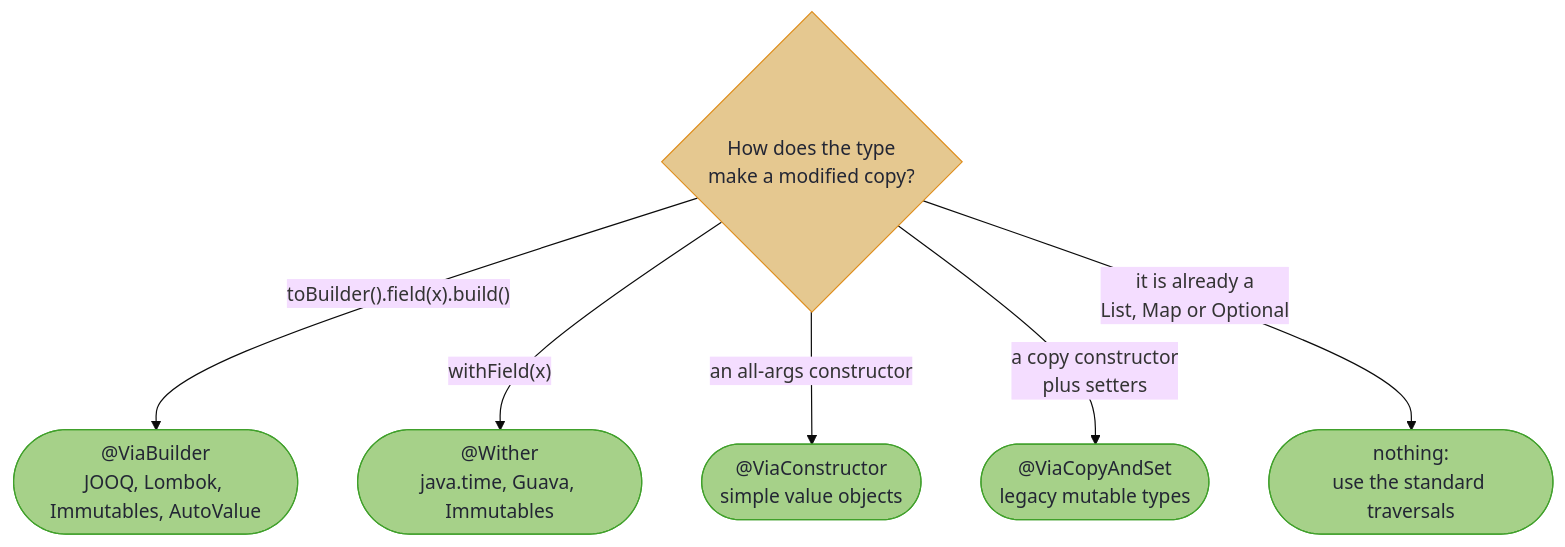
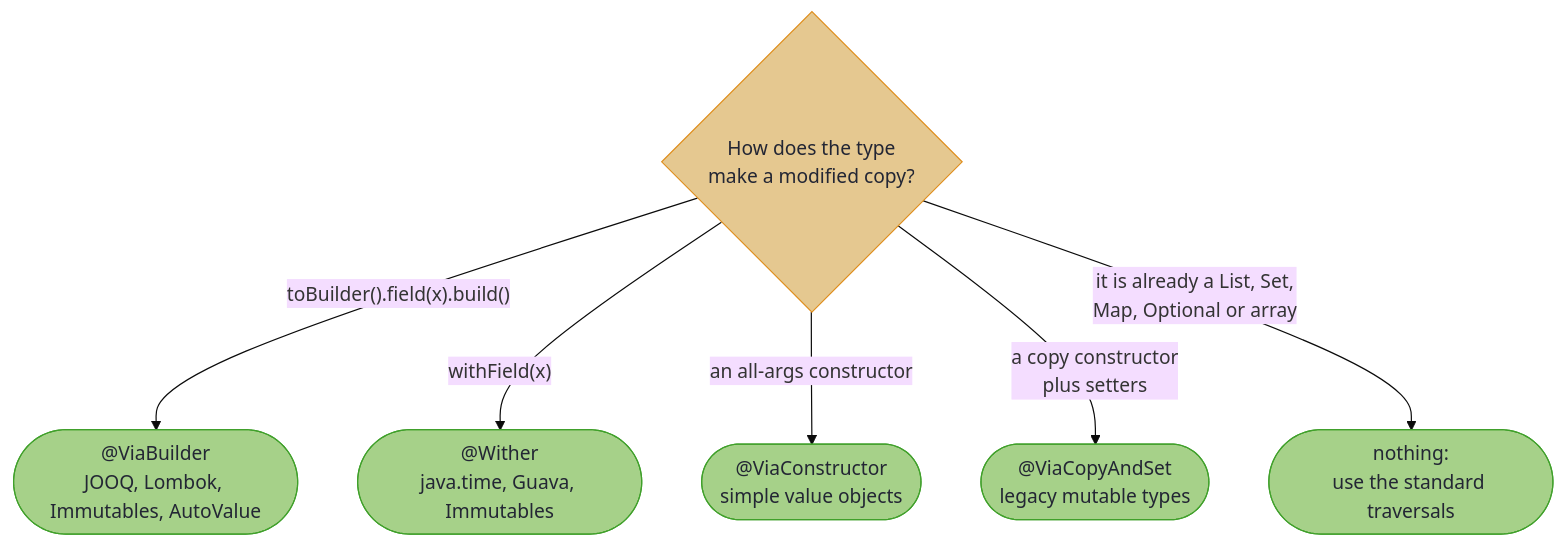
Before and after one commit to higher-kinded-j/higher-kinded-j: the diagram in hkj-book/src/optics/copy_strategies.md, drawn with Mermaid (base theme). The commit also changed other lines of this file and 5 other files, not shown here.

````diff
--- a/hkj-book/src/optics/copy_strategies.md
+++ b/hkj-book/src/optics/copy_strategies.md
@@ -227,14 +227,14 @@
 ```mermaid
 flowchart TD
     Q{"How does the type<br/>make a modified copy?"}
     Q -->|"toBuilder().field(x).build()"| B(["@ViaBuilder<br/>JOOQ, Lombok, Immutables, AutoValue"])
     Q -->|"withField(x)"| W(["@Wither<br/>java.time, Guava, Immutables"])
     Q -->|"an all-args constructor"| C(["@ViaConstructor<br/>simple value objects"])
     Q -->|"a copy constructor<br/>plus setters"| S(["@ViaCopyAndSet<br/>legacy mutable types"])
-    Q -->|"it is already a<br/>List, Map or Optional"| N(["nothing:<br/>use the standard traversals"])
+    Q -->|"it is already a List, Set,<br/>Map, Optional or array"| N(["nothing:<br/>use the standard traversals"])
 
     classDef decision fill:#e5c890,stroke:#df8e1d,color:#232634
     classDef tier fill:#a6d189,stroke:#40a02b,color:#232634
     class Q decision
     class B,W,C,S,N tier
 ```
````
